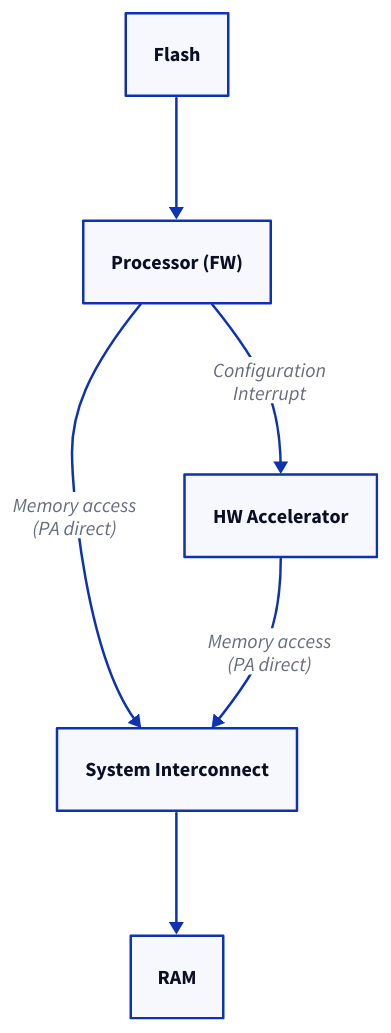
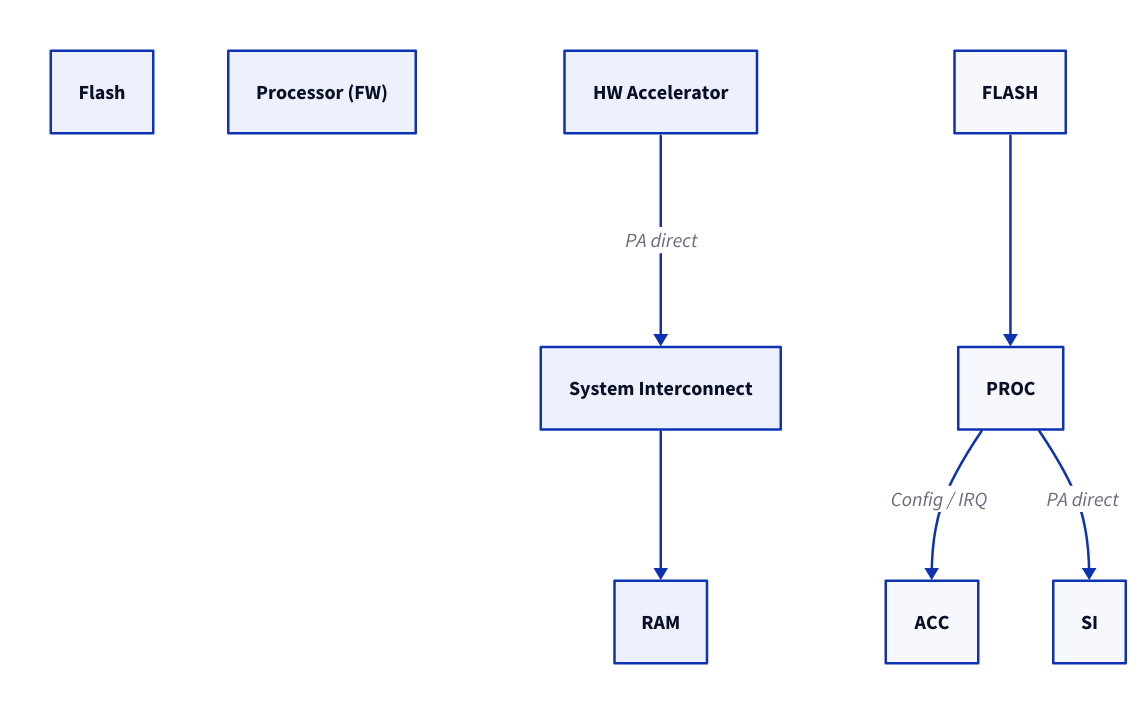
Before and after one commit to humbleowl39/DV_SKOOL: the seventh of 17 diagrams in topics/virtualization/docs/01a_system_architecture_evolution.md, drawn with D2. The commit also changed other lines of this file and 90 other files, not shown here.

First line of the commit message:
docs: 전 토픽 다이어그램 정비 — ASCII→D2, mermaid→D2, 과대 D2 가시성 수정

````diff
--- a/topics/virtualization/docs/01a_system_architecture_evolution.md
+++ b/topics/virtualization/docs/01a_system_architecture_evolution.md
@@ -287,14 +274,22 @@
 ```d2
 direction: down
 
-FLASH: "Flash"
-PROC: "Processor (FW)"
-ACC: "HW Accelerator"
-SI: "System Interconnect"
-RAM: "RAM"
+COL_LEFT: "" {
+  direction: down
+  style.opacity: 0.0
+  FLASH: "Flash"
+  PROC: "Processor (FW)"
+}
+COL_RIGHT: "" {
+  direction: down
+  style.opacity: 0.0
+  ACC: "HW Accelerator"
+  SI: "System Interconnect"
+  RAM: "RAM"
+  ACC -> SI: "PA direct"
+  SI -> RAM
+}
 FLASH -> PROC
-PROC -> ACC: "Configuration\nInterrupt"
-PROC -> SI: "Memory access\n(PA direct)"
-ACC -> SI: "Memory access\n(PA direct)"
-SI -> RAM
+PROC -> ACC: "Config / IRQ"
+PROC -> SI: "PA direct"
 ```
````
